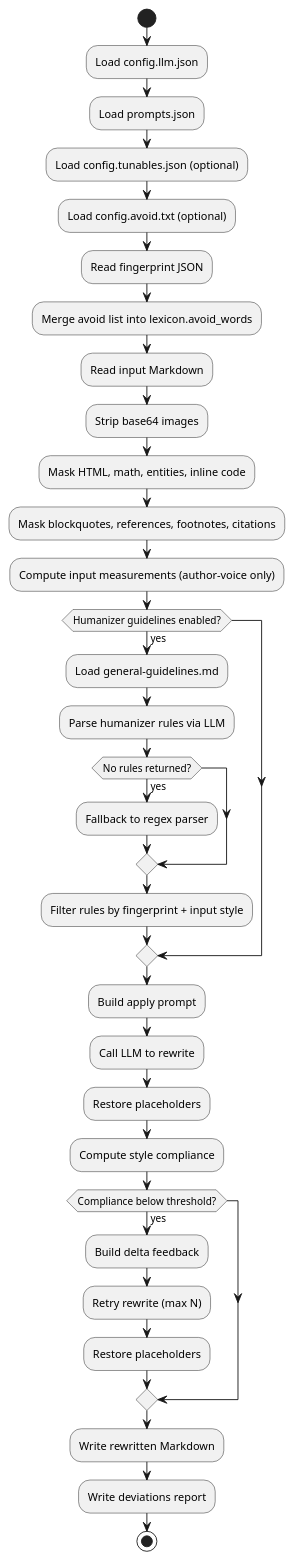
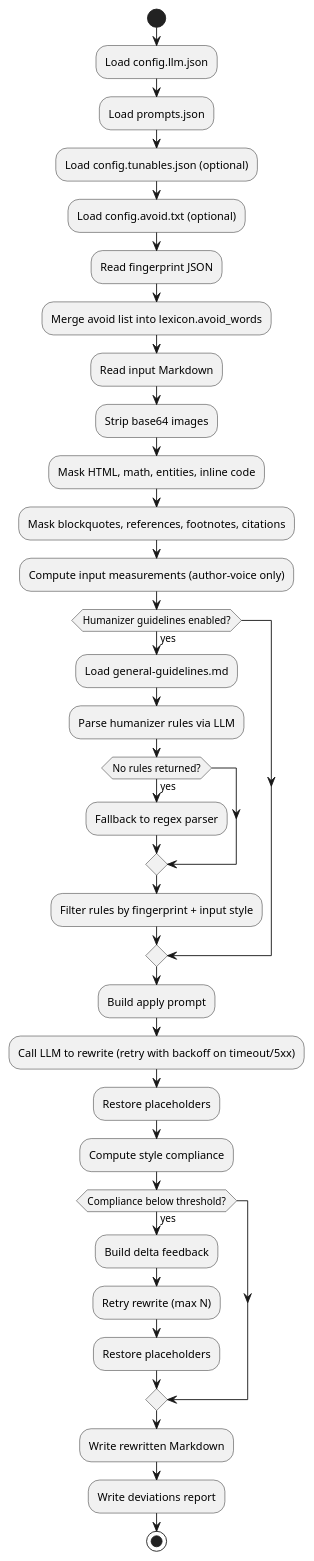
The second of 3 diagrams in UML-Apply.md (ngpepin/stylometric-transfer), drawn with PlantUML before and after one commit. The commit also changed other lines of this file and 1 other file, not shown here.

Commit message:
feat: add retry with backoff for LLM calls in apply and fingerprint pipelines

````diff
--- a/UML-Apply.md
+++ b/UML-Apply.md
@@ -76,43 +79,43 @@
 ```plantuml
 @startuml
 start
 :Load config.llm.json;
 :Load prompts.json;
 :Load config.tunables.json (optional);
 :Load config.avoid.txt (optional);
 
 :Read fingerprint JSON;
 :Merge avoid list into lexicon.avoid_words;
 :Read input Markdown;
 
 :Strip base64 images;
 :Mask HTML, math, entities, inline code;
 :Mask blockquotes, references, footnotes, citations;
 
 :Compute input measurements (author-voice only);
 
 if (Humanizer guidelines enabled?) then (yes)
   :Load general-guidelines.md;
   :Parse humanizer rules via LLM;
   if (No rules returned?) then (yes)
     :Fallback to regex parser;
   endif
   :Filter rules by fingerprint + input style;
 endif
 
 :Build apply prompt;
-:Call LLM to rewrite;
+:Call LLM to rewrite (retry with backoff on timeout/5xx);
 :Restore placeholders;
 :Compute style compliance;
 
 if (Compliance below threshold?) then (yes)
   :Build delta feedback;
   :Retry rewrite (max N);
   :Restore placeholders;
 endif
 
 :Write rewritten Markdown;
 :Write deviations report;
 stop
 @enduml
 ```
````
